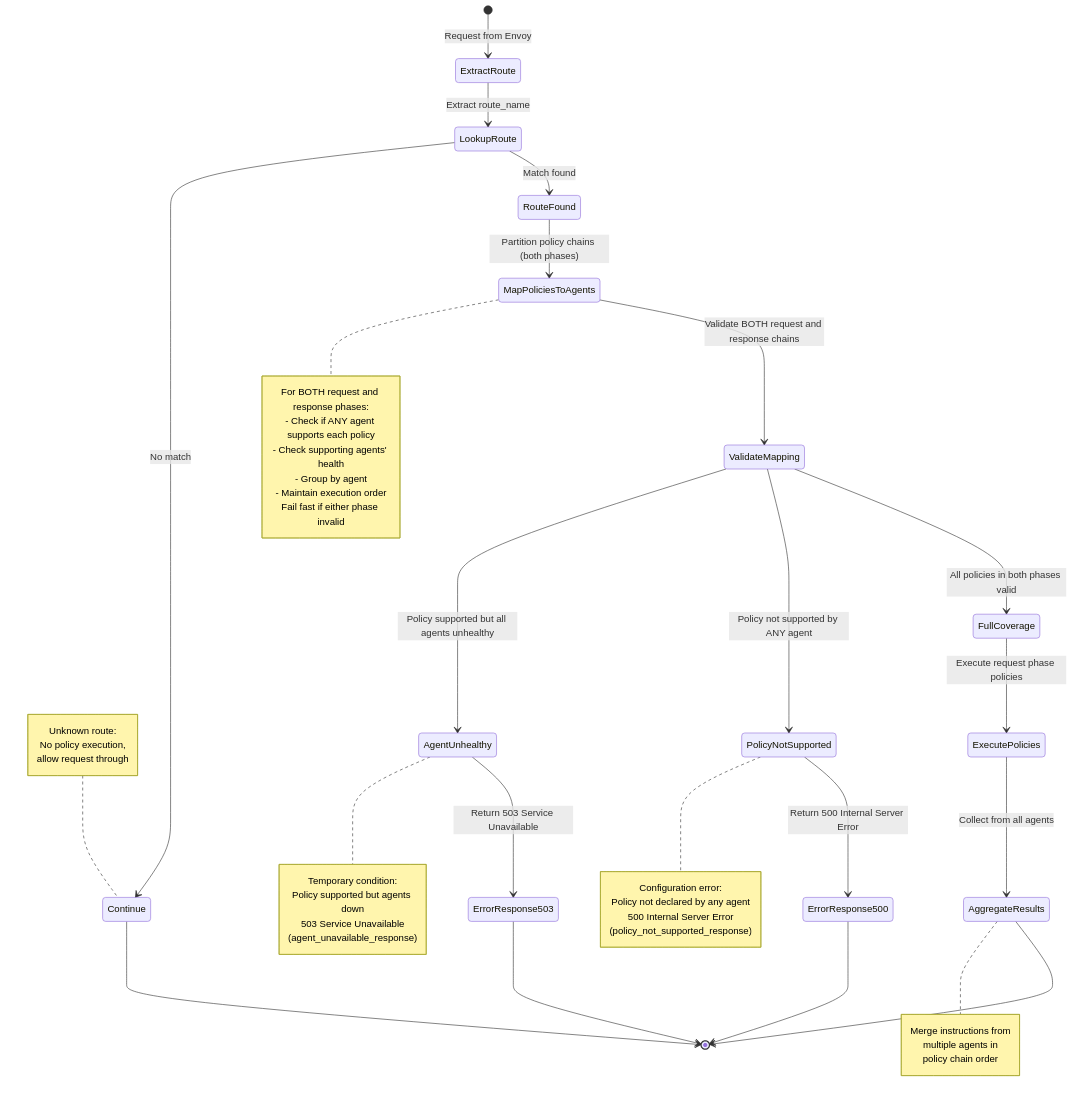
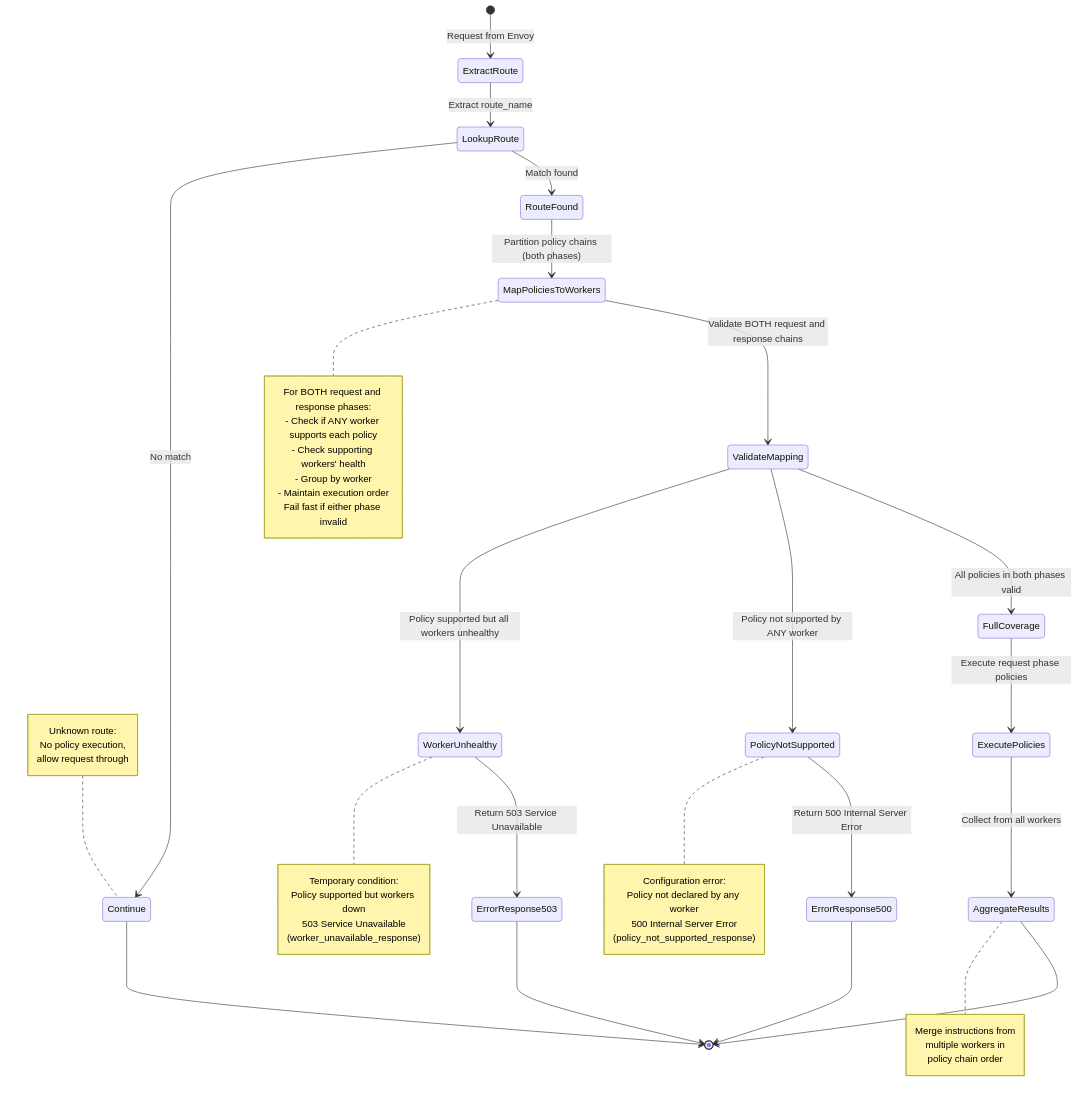
One commit to renuka-fernando/envoy-policy-engine changed the third of 7 diagrams in policy-kernel/SPEC.md. Above: the diagram before and after it, drawn with Mermaid. The commit also changed other lines of this file and 5 other files, not shown here.

Commit message:
Rename agent to worker

````diff
--- a/policy-kernel/SPEC.md
+++ b/policy-kernel/SPEC.md
@@ -386,60 +386,60 @@
 ```mermaid
 stateDiagram-v2
     [*] --> ExtractRoute: Request from Envoy
     ExtractRoute --> LookupRoute: Extract route_name
 
     LookupRoute --> RouteFound: Match found
     LookupRoute --> Continue: No match
 
-    RouteFound --> MapPoliciesToAgents: Partition policy chains (both phases)
-    MapPoliciesToAgents --> ValidateMapping: Validate BOTH request and response chains
+    RouteFound --> MapPoliciesToWorkers: Partition policy chains (both phases)
+    MapPoliciesToWorkers --> ValidateMapping: Validate BOTH request and response chains
 
     ValidateMapping --> FullCoverage: All policies in both phases valid
-    ValidateMapping --> PolicyNotSupported: Policy not supported by ANY agent
-    ValidateMapping --> AgentUnhealthy: Policy supported but all agents unhealthy
+    ValidateMapping --> PolicyNotSupported: Policy not supported by ANY worker
+    ValidateMapping --> WorkerUnhealthy: Policy supported but all workers unhealthy
 
     FullCoverage --> ExecutePolicies: Execute request phase policies
     PolicyNotSupported --> ErrorResponse500: Return 500 Internal Server Error
-    AgentUnhealthy --> ErrorResponse503: Return 503 Service Unavailable
+    WorkerUnhealthy --> ErrorResponse503: Return 503 Service Unavailable
 
-    ExecutePolicies --> AggregateResults: Collect from all agents
+    ExecutePolicies --> AggregateResults: Collect from all workers
     AggregateResults --> [*]
     ErrorResponse500 --> [*]
     ErrorResponse503 --> [*]
     Continue --> [*]
 
-    note right of MapPoliciesToAgents
+    note right of MapPoliciesToWorkers
         For BOTH request and response phases:
-        - Check if ANY agent supports each policy
-        - Check supporting agents' health
-        - Group by agent
+        - Check if ANY worker supports each policy
+        - Check supporting workers' health
+        - Group by worker
         - Maintain execution order
         Fail fast if either phase invalid
     end note
 
     note left of Continue
         Unknown route:
         No policy execution,
         allow request through
     end note
 
     note right of PolicyNotSupported
         Configuration error:
-        Policy not declared by any agent
+        Policy not declared by any worker
         500 Internal Server Error
         (policy_not_supported_response)
     end note
 
-    note right of AgentUnhealthy
+    note right of WorkerUnhealthy
         Temporary condition:
-        Policy supported but agents down
+        Policy supported but workers down
         503 Service Unavailable
-        (agent_unavailable_response)
+        (worker_unavailable_response)
     end note
 
     note right of AggregateResults
         Merge instructions from
-        multiple agents in
+        multiple workers in
         policy chain order
     end note
 ```
````
